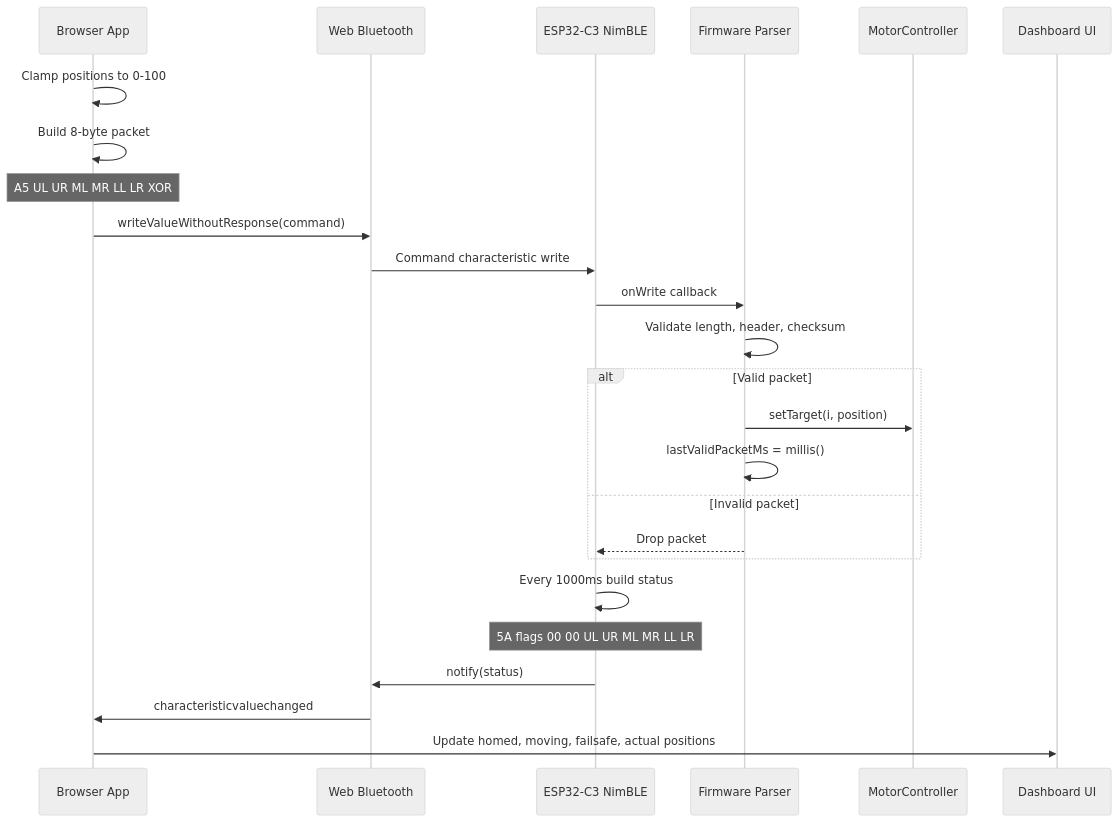
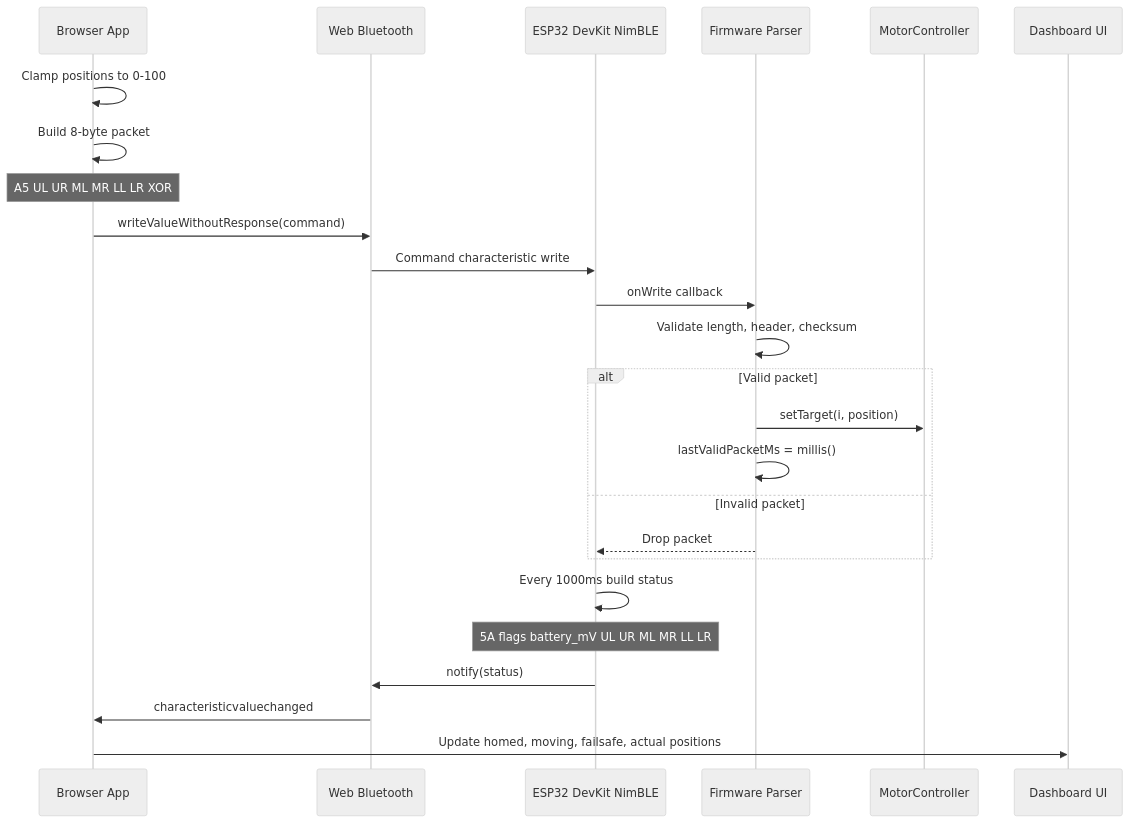
The fifth of 11 diagrams in docs/system_working_diagram.md (brovk2008/Poschair_final), drawn with Mermaid (neutral theme) before and after one commit. The commit also changed other lines of this file and 10 other files, not shown here.

Commit message:
Migrate firmware pinout to ESP32 DevKit V1

````diff
--- a/docs/system_working_diagram.md
+++ b/docs/system_working_diagram.md
@@ -213,28 +217,28 @@
 ```mermaid
 sequenceDiagram
   participant App as Browser App
   participant BLE as Web Bluetooth
-  participant ESP as ESP32-C3 NimBLE
+  participant ESP as ESP32 DevKit NimBLE
   participant FW as Firmware Parser
   participant MC as MotorController
   participant UI as Dashboard UI
 
   App->>App: Clamp positions to 0-100
   App->>App: Build 8-byte packet
   Note over App: A5 UL UR ML MR LL LR XOR
   App->>BLE: writeValueWithoutResponse(command)
   BLE->>ESP: Command characteristic write
   ESP->>FW: onWrite callback
   FW->>FW: Validate length, header, checksum
   alt Valid packet
     FW->>MC: setTarget(i, position)
     FW->>FW: lastValidPacketMs = millis()
   else Invalid packet
     FW-->>ESP: Drop packet
   end
   ESP->>ESP: Every 1000ms build status
-  Note over ESP: 5A flags 00 00 UL UR ML MR LL LR
+  Note over ESP: 5A flags battery_mV UL UR ML MR LL LR
   ESP->>BLE: notify(status)
   BLE->>App: characteristicvaluechanged
   App->>UI: Update homed, moving, failsafe, actual positions
 ```
````
